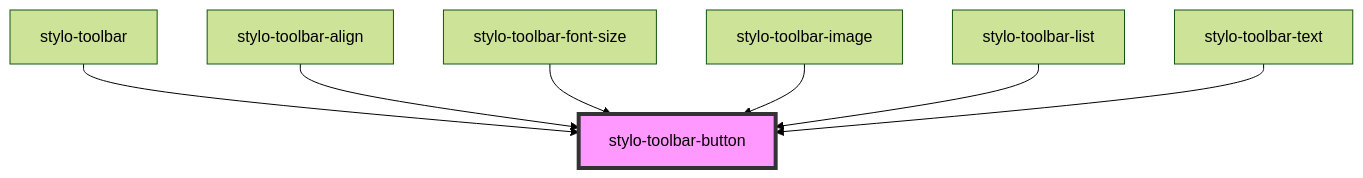
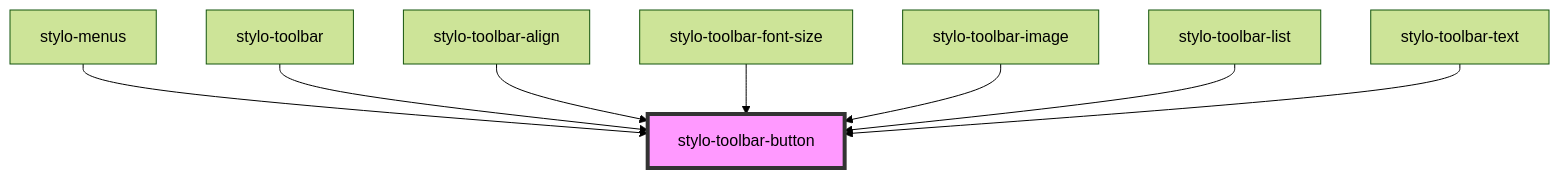
Before and after one commit to peterpeterparker/stylo: the diagram in src/components/toolbar/button/readme.md, drawn with Mermaid (forest theme). The commit also changed other lines of this file and 22 other files, not shown here.

````diff
--- a/src/components/toolbar/button/readme.md
+++ b/src/components/toolbar/button/readme.md
@@ -31,10 +32,11 @@
 ```mermaid
 graph TD;
+  stylo-menus --> stylo-toolbar-button
   stylo-toolbar --> stylo-toolbar-button
   stylo-toolbar-align --> stylo-toolbar-button
   stylo-toolbar-font-size --> stylo-toolbar-button
   stylo-toolbar-image --> stylo-toolbar-button
   stylo-toolbar-list --> stylo-toolbar-button
   stylo-toolbar-text --> stylo-toolbar-button
   style stylo-toolbar-button fill:#f9f,stroke:#333,stroke-width:4px
 ```
````
